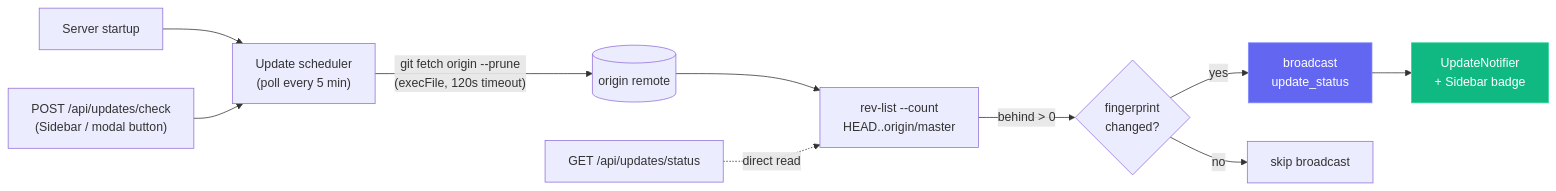
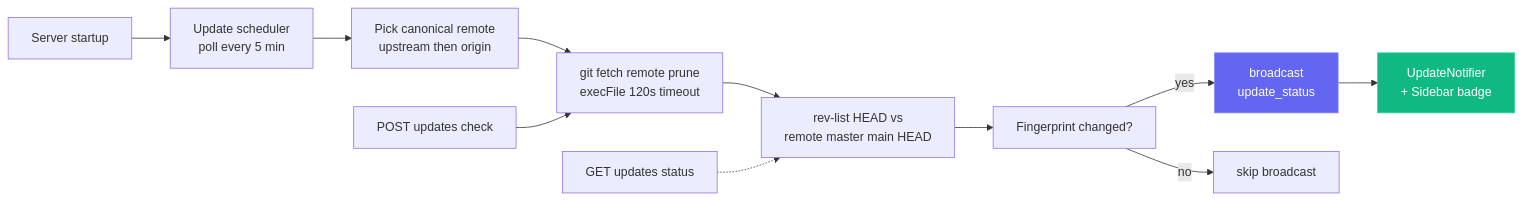
Diagram 14 of 21 in README.md (hoangsonww/Claude-Code-Agent-Monitor), drawn with Mermaid before and after one commit. The commit also changed other lines of this file and 10 other files, not shown here.

````diff
--- a/README.md
+++ b/README.md
@@ -945,16 +945,17 @@
 ```mermaid
 flowchart LR
-    S["Server startup"] --> SCHED["Update scheduler<br/>(poll every 5 min)"]
-    SCHED -->|"git fetch origin --prune<br/>(execFile, 120s timeout)"| GIT[(origin remote)]
-    GIT --> CMP["rev-list --count<br/>HEAD..origin/master"]
-    CMP -->|behind > 0| FP{"fingerprint<br/>changed?"}
+    S["Server startup"] --> SCHED["Update scheduler<br/>poll every 5 min"]
+    SCHED --> PICK["Pick canonical remote<br/>upstream then origin"]
+    PICK --> FETCH["git fetch remote prune<br/>execFile 120s timeout"]
+    FETCH --> CMP["rev-list HEAD vs<br/>remote master main HEAD"]
+    CMP --> FP["Fingerprint changed?"]
     FP -->|yes| WS["broadcast<br/>update_status"]
     FP -->|no| IDLE["skip broadcast"]
     WS --> CLIENT["UpdateNotifier<br/>+ Sidebar badge"]
 
-    CHECK["POST /api/updates/check<br/>(Sidebar / modal button)"] --> SCHED
-    STATUS["GET /api/updates/status"] -.->|direct read| CMP
+    CHECK["POST updates check"] --> FETCH
+    STATUS["GET updates status"] -.-> CMP
 
     style WS fill:#6366f1,stroke:#818cf8,color:#fff
     style CLIENT fill:#10b981,stroke:#34d399,color:#fff
 ```
````
